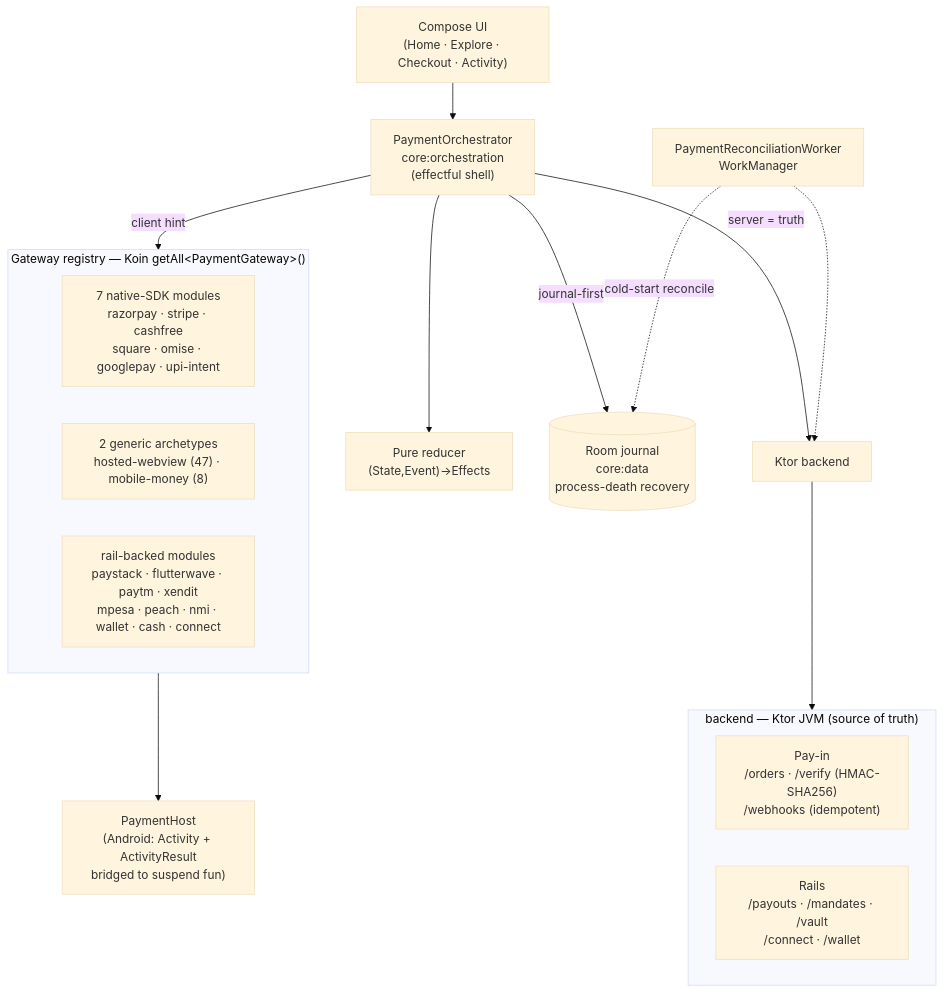
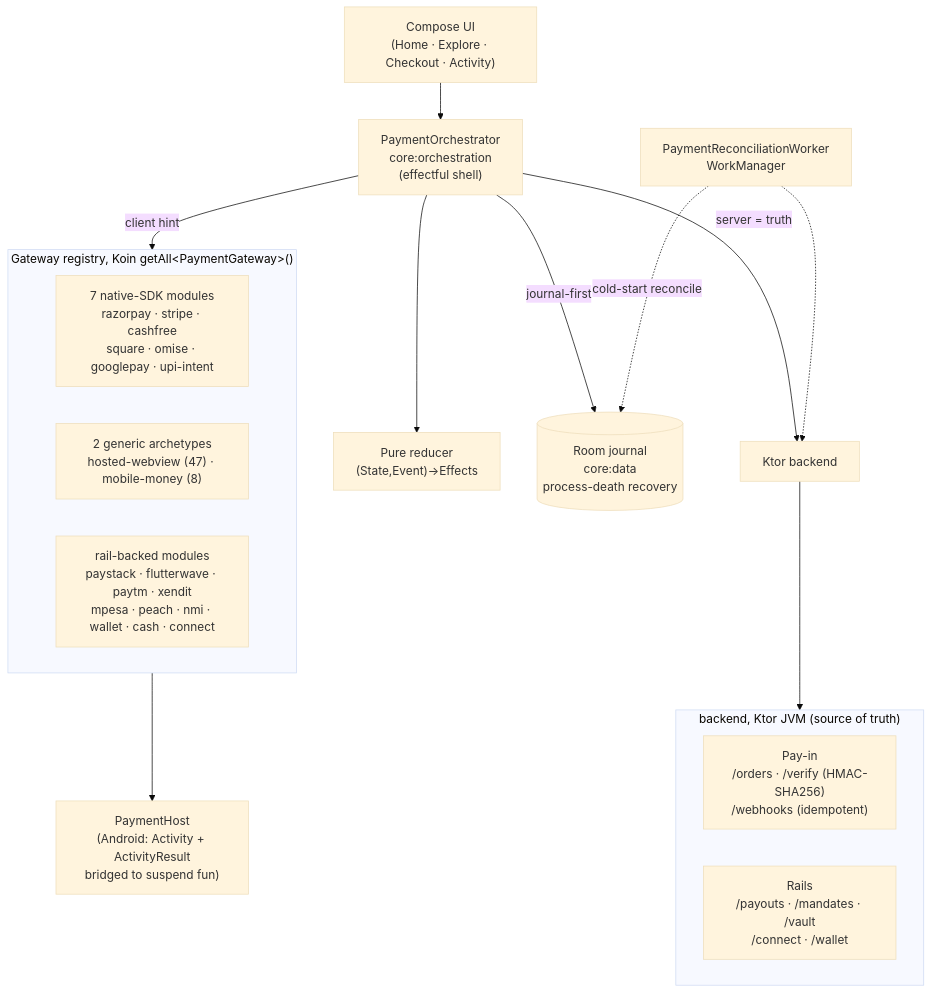
Before and after one commit to darkpandawarrior/PaymentsLab-KMP: the diagram in README.md, drawn with Mermaid (base theme). The commit also changed other lines of this file and 18 other files, not shown here.

````diff
--- a/README.md
+++ b/README.md
@@ -401,27 +401,27 @@
 ```mermaid
 flowchart TD
     UI["Compose UI<br/>(Home · Explore · Checkout · Activity)"] --> ORCH["PaymentOrchestrator<br/>core:orchestration<br/>(effectful shell)"]
     ORCH --> FSM["Pure reducer<br/>(State,Event)-&gt;Effects"]
 
-    subgraph REG["Gateway registry — Koin getAll&lt;PaymentGateway&gt;()"]
+    subgraph REG["Gateway registry, Koin getAll&lt;PaymentGateway&gt;()"]
         NATIVE["7 native-SDK modules<br/>razorpay · stripe · cashfree<br/>square · omise · googlepay · upi-intent"]
         GENERIC["2 generic archetypes<br/>hosted-webview (47) · mobile-money (8)"]
         RAILMOD["rail-backed modules<br/>paystack · flutterwave · paytm · xendit<br/>mpesa · peach · nmi · wallet · cash · connect"]
     end
 
     ORCH -->|"client hint"| REG
     REG --> HOST["PaymentHost<br/>(Android: Activity + ActivityResult<br/>bridged to suspend fun)"]
     ORCH -->|"journal-first"| JOURNAL[("Room journal<br/>core:data<br/>process-death recovery")]
 
     ORCH -->|"server = truth"| BE["Ktor backend"]
 
-    subgraph BACKEND["backend — Ktor JVM (source of truth)"]
+    subgraph BACKEND["backend, Ktor JVM (source of truth)"]
         PAYIN["Pay-in<br/>/orders · /verify (HMAC-SHA256)<br/>/webhooks (idempotent)"]
         RAILS["Rails<br/>/payouts · /mandates · /vault<br/>/connect · /wallet"]
     end
 
     BE --> BACKEND
 
     WORKER["PaymentReconciliationWorker<br/>WorkManager"] -.->|"cold-start reconcile"| JOURNAL
     WORKER -.-> BE
 ```
````
